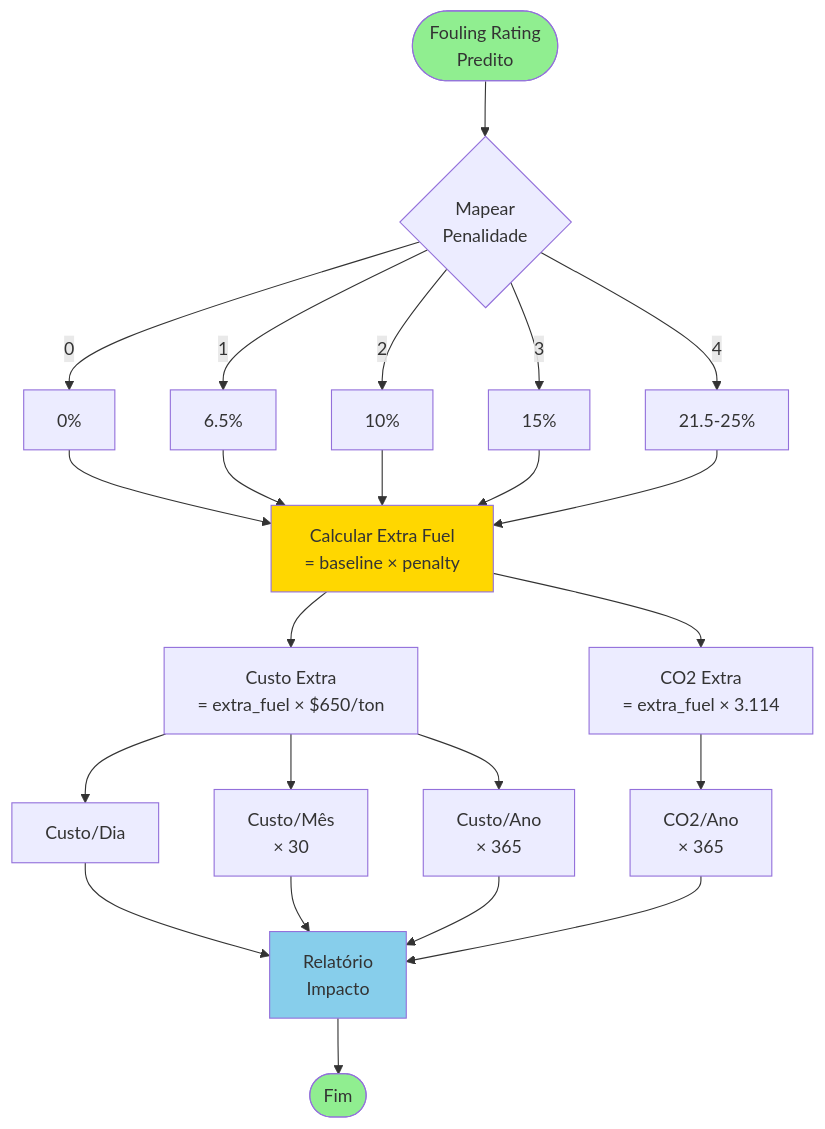
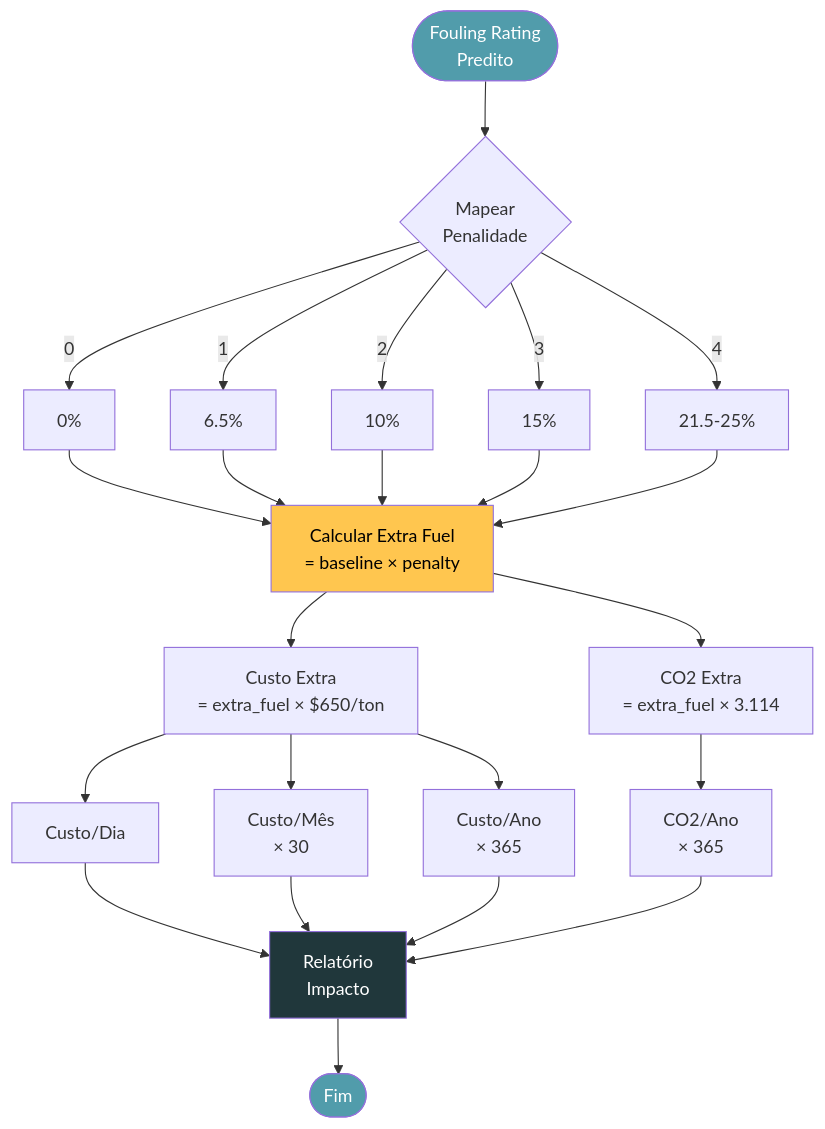
One commit to bryanjulio/nexus_transpetro changed the fifth of 9 diagrams in DIAGRAMAS.md. Above: the diagram before and after it, drawn with Mermaid. The commit also changed other lines of this file and 1 other file, not shown here.

Commit message:
style: Update diagram colors for improved visibility and contrast; add team member details to README

````diff
--- a/DIAGRAMAS.md
+++ b/DIAGRAMAS.md
@@ -290,37 +290,37 @@
 ```mermaid
 flowchart TD
     Start([Fouling Rating<br/>Predito]) --> Map{Mapear<br/>Penalidade}
 
     Map -->|0| P0[0%]
     Map -->|1| P1[6.5%]
     Map -->|2| P2[10%]
     Map -->|3| P3[15%]
     Map -->|4| P4[21.5-25%]
 
     P0 --> Calc[Calcular Extra Fuel<br/>= baseline × penalty]
     P1 --> Calc
     P2 --> Calc
     P3 --> Calc
     P4 --> Calc
 
     Calc --> Cost[Custo Extra<br/>= extra_fuel × $650/ton]
 
     Cost --> Day[Custo/Dia]
     Cost --> Month[Custo/Mês<br/>× 30]
     Cost --> Year[Custo/Ano<br/>× 365]
 
     Calc --> CO2[CO2 Extra<br/>= extra_fuel × 3.114]
     CO2 --> CO2Year[CO2/Ano<br/>× 365]
 
     Day --> Report[Relatório<br/>Impacto]
     Month --> Report
     Year --> Report
     CO2Year --> Report
 
     Report --> End([Fim])
 
-    style Start fill:#90EE90
-    style Calc fill:#FFD700
-    style Report fill:#87CEEB
-    style End fill:#90EE90
+    style Start fill:#519CAB,color:#FFF
+    style Calc fill:#FFC64F,color:#000
+    style Report fill:#20373B,color:#FFF
+    style End fill:#519CAB,color:#FFF
 ```
````
